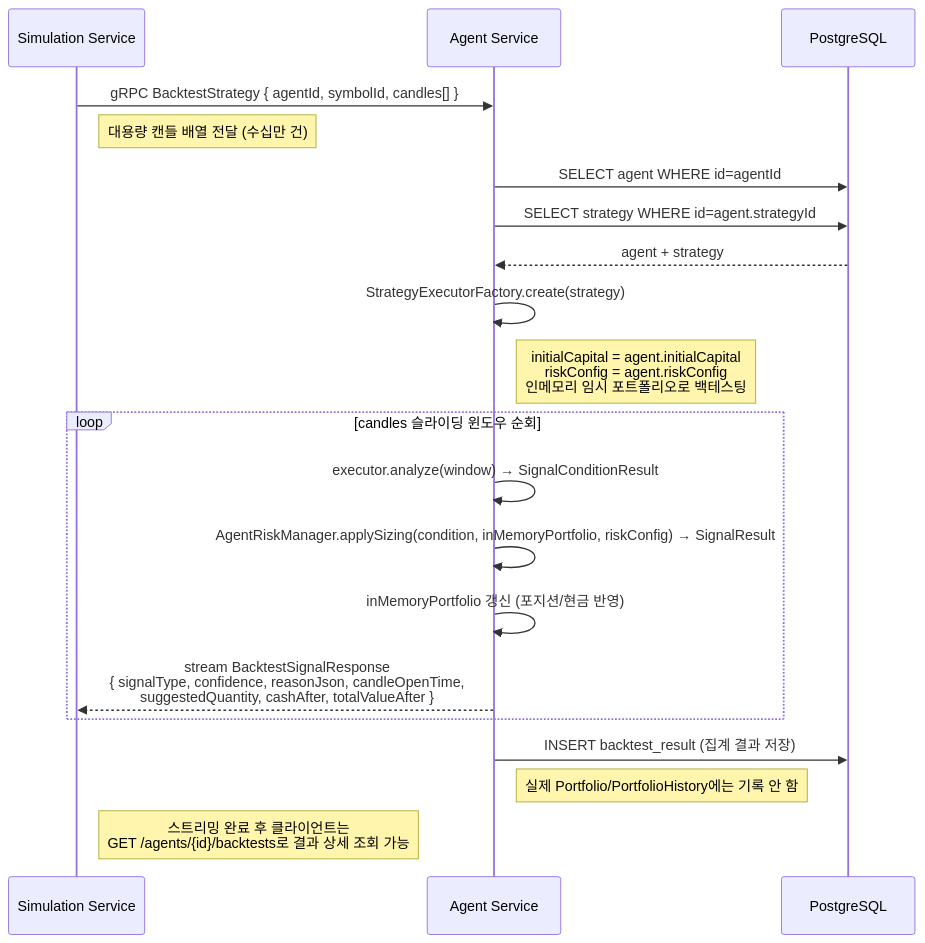
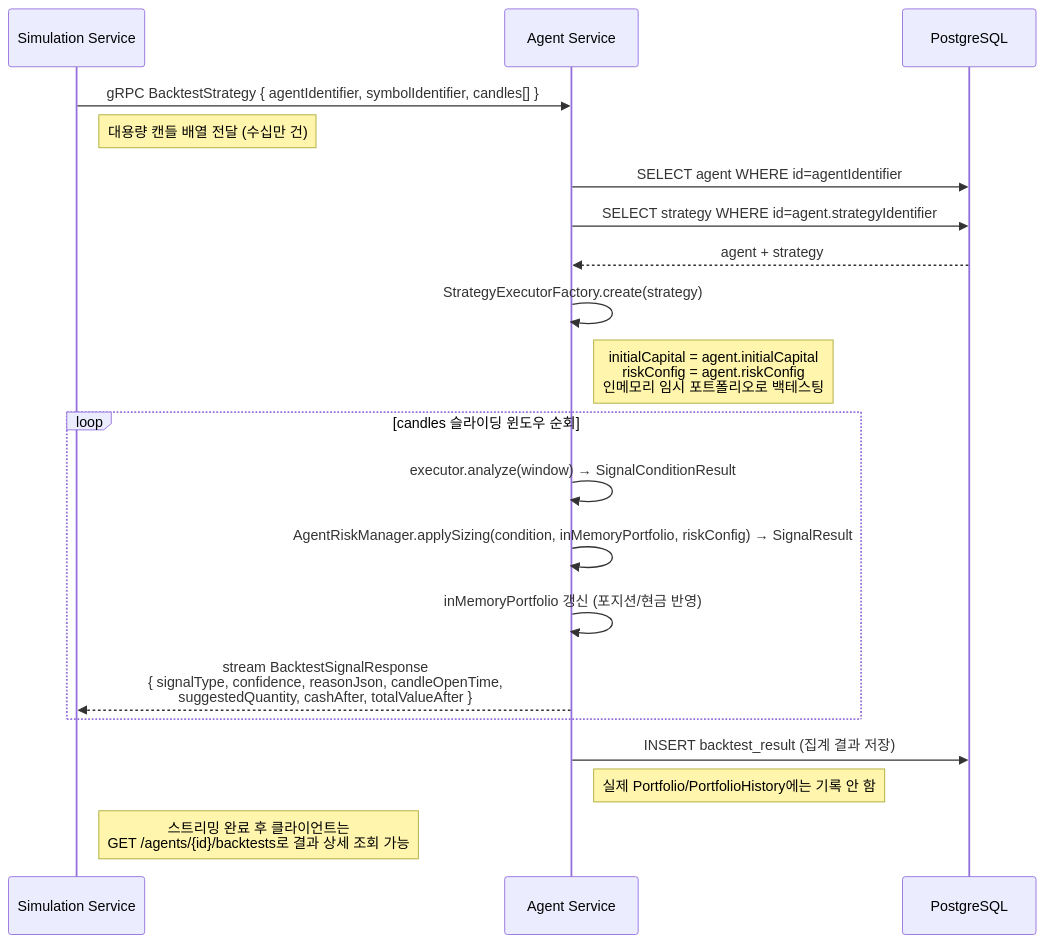
The fourth of 6 diagrams in backend/agent/sequence-diagram.md (Trade-Pilot/.github), drawn with Mermaid before and after one commit. The commit also changed other lines of this file and 17 other files, not shown here.

````diff
--- a/backend/agent/sequence-diagram.md
+++ b/backend/agent/sequence-diagram.md
@@ -105,27 +105,27 @@
 ```mermaid
 sequenceDiagram
     participant SIM as Simulation Service
     participant AG  as Agent Service
     participant DB  as PostgreSQL
 
-    SIM ->> AG: gRPC BacktestStrategy { agentId, symbolId, candles[] }
+    SIM ->> AG: gRPC BacktestStrategy { agentIdentifier, symbolIdentifier, candles[] }
     Note right of SIM: 대용량 캔들 배열 전달 (수십만 건)
 
-    AG ->> DB: SELECT agent WHERE id=agentId
-    AG ->> DB: SELECT strategy WHERE id=agent.strategyId
+    AG ->> DB: SELECT agent WHERE id=agentIdentifier
+    AG ->> DB: SELECT strategy WHERE id=agent.strategyIdentifier
     DB -->> AG: agent + strategy
 
     AG ->> AG: StrategyExecutorFactory.create(strategy)
     Note right of AG: initialCapital = agent.initialCapital<br>riskConfig = agent.riskConfig<br>인메모리 임시 포트폴리오로 백테스팅
 
     loop candles 슬라이딩 윈도우 순회
         AG ->> AG: executor.analyze(window) → SignalConditionResult
         AG ->> AG: AgentRiskManager.applySizing(condition, inMemoryPortfolio, riskConfig) → SignalResult
         AG ->> AG: inMemoryPortfolio 갱신 (포지션/현금 반영)
         AG -->> SIM: stream BacktestSignalResponse<br>{ signalType, confidence, reasonJson, candleOpenTime,<br>  suggestedQuantity, cashAfter, totalValueAfter }
     end
 
     AG ->> DB: INSERT backtest_result (집계 결과 저장)
     Note right of AG: 실제 Portfolio/PortfolioHistory에는 기록 안 함
     Note right of SIM: 스트리밍 완료 후 클라이언트는<br>GET /agents/{id}/backtests로 결과 상세 조회 가능
 ```
````
